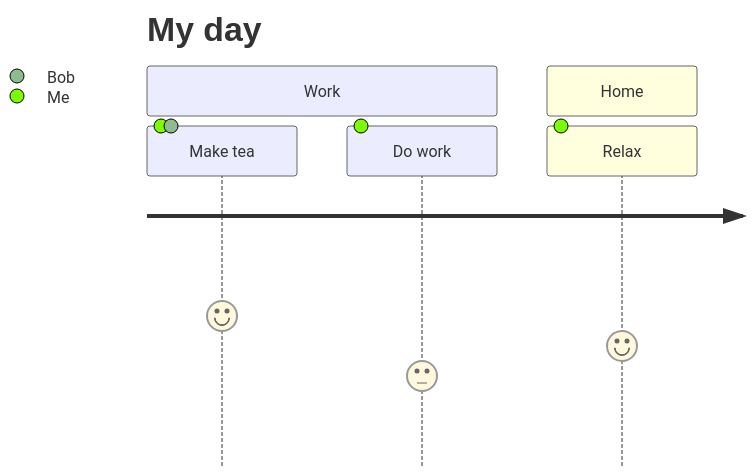
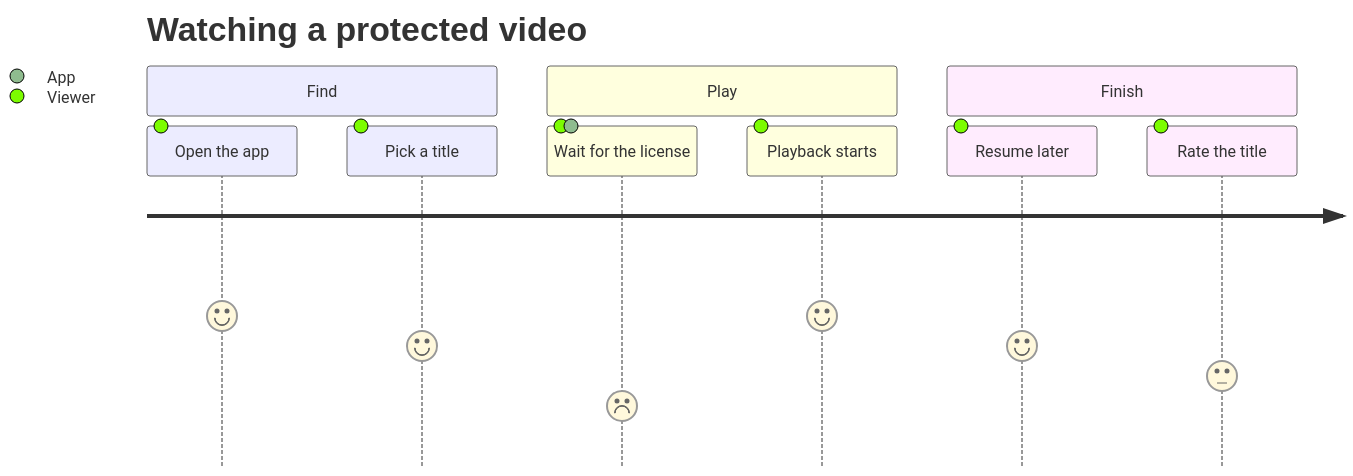
Before and after one commit to dkdev24/pele-animate: the ninth of 11 diagrams in docs/diagram-types.md, drawn with Mermaid. The commit also changed other lines of this file and 2 other files, not shown here.

First line of the commit message:
docs: richer diagram-type examples with story pins; journey steps at narrow widths

````diff
--- a/docs/diagram-types.md
+++ b/docs/diagram-types.md
@@ -185,9 +214,13 @@
 ```mermaid live
 journey
-  title My day
-  section Work
-    Make tea: 5: Me, Bob
-    Do work: 3: Me
-  section Home
-    Relax: 4: Me
+  title Watching a protected video
+  section Find
+    Open the app: 5: Viewer
+    Pick a title: 4: Viewer
+  section Play
+    Wait for the license: 2: Viewer, App
+    Playback starts: 5: Viewer
+  section Finish
+    Resume later: 4: Viewer
+    Rate the title: 3: Viewer
 ```
````
